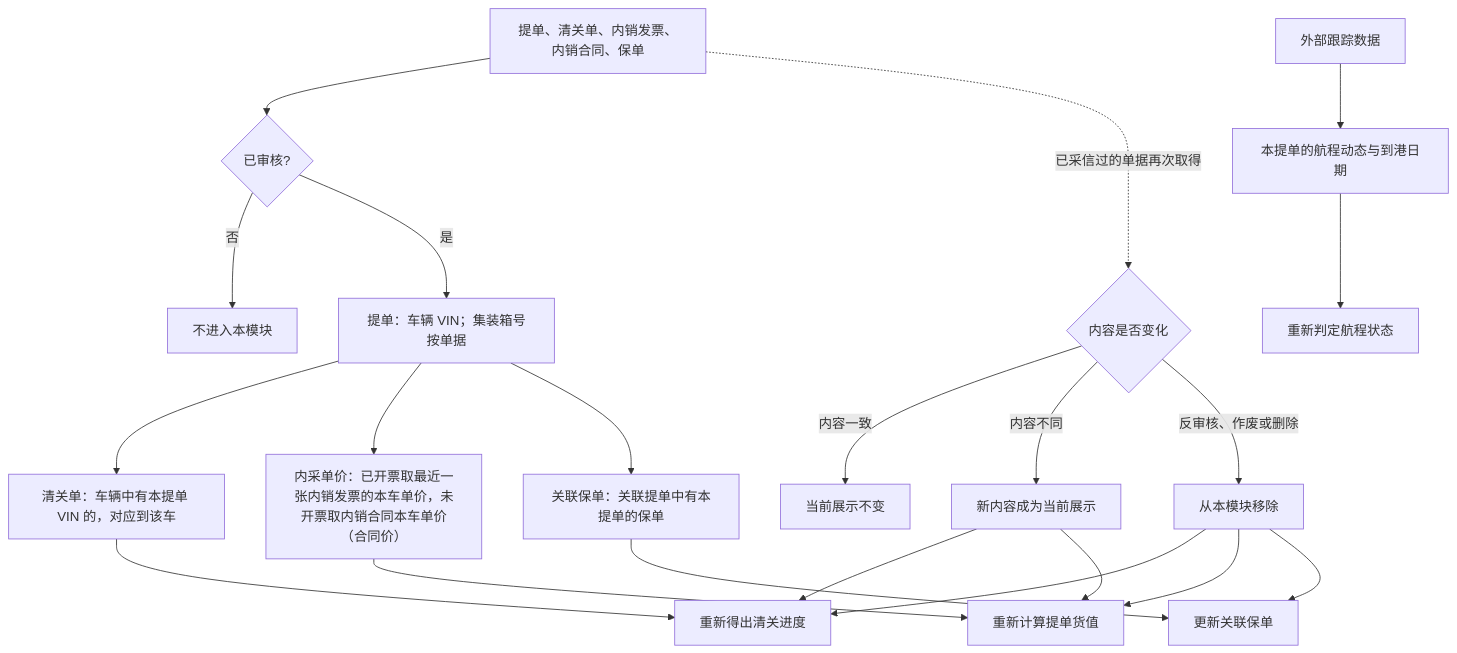
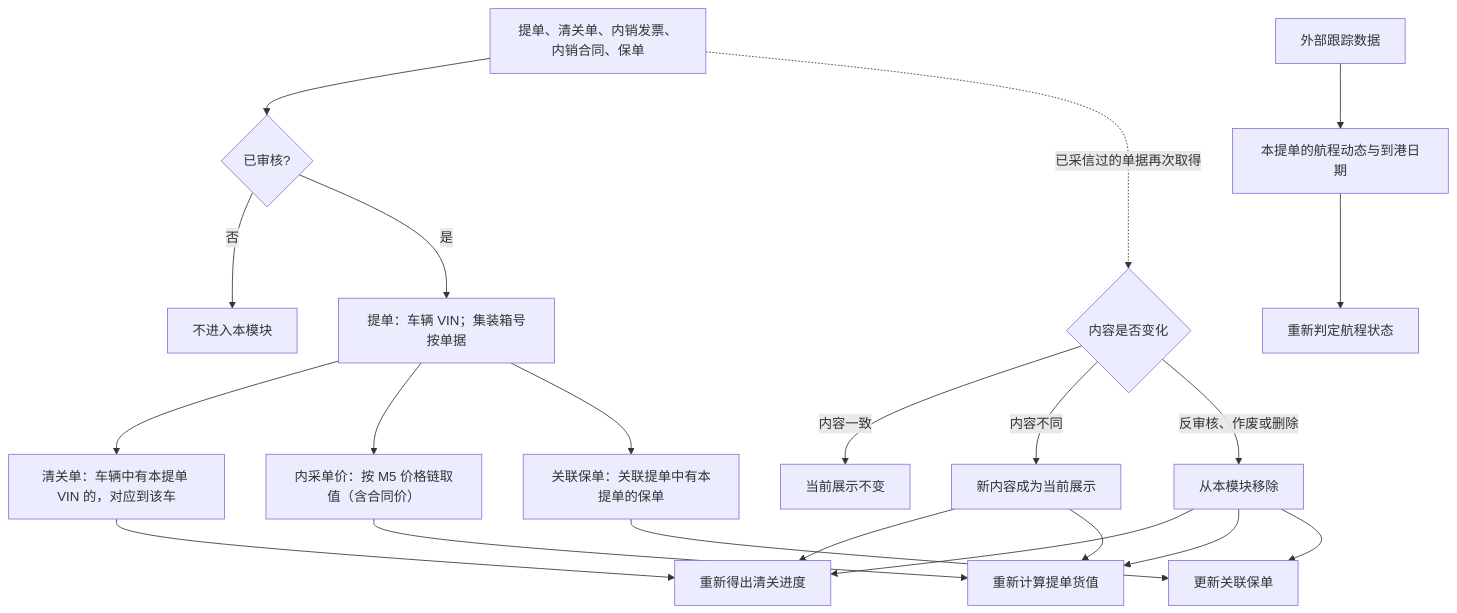
One commit to wxblockchain/Chain-Financing changed the first of 4 diagrams in asset-trust-platform/PRD/运营端/M12-提单信息/02-提单信息-流程图与状态机.md. Above: the diagram before and after it, drawn with Mermaid. The commit also changed other lines of this file and 3 other files, not shown here.

````diff
--- a/asset-trust-platform/PRD/运营端/M12-提单信息/02-提单信息-流程图与状态机.md
+++ b/asset-trust-platform/PRD/运营端/M12-提单信息/02-提单信息-流程图与状态机.md
@@ -17,23 +17,23 @@
 ```mermaid
 flowchart TD
     A[提单、清关单、内销发票、内销合同、保单] --> B{已审核?}
     B -->|否| X[不进入本模块]
     B -->|是| C[提单：车辆 VIN；集装箱号按单据]
     C --> D1[清关单：车辆中有本提单 VIN 的，对应到该车]
-    C --> D2[内采单价：已开票取最近一张内销发票的本车单价，未开票取内销合同本车单价（合同价）]
+    C --> D2[内采单价：按 M5 价格链取值（含合同价）]
     C --> D3[关联保单：关联提单中有本提单的保单]
     T[外部跟踪数据] --> D4[本提单的航程动态与到港日期]
     D1 --> R[重新得出清关进度]
     D2 --> V[重新计算提单货值]
     D3 --> P[更新关联保单]
     D4 --> S[重新判定航程状态]
     A -. 已采信过的单据再次取得 .-> U{内容是否变化}
     U -->|内容一致| K[当前展示不变]
     U -->|内容不同| N[新内容成为当前展示]
     U -->|反审核、作废或删除| M[从本模块移除]
     N --> R
     N --> V
     M --> R
     M --> V
     M --> P
 ```
````
